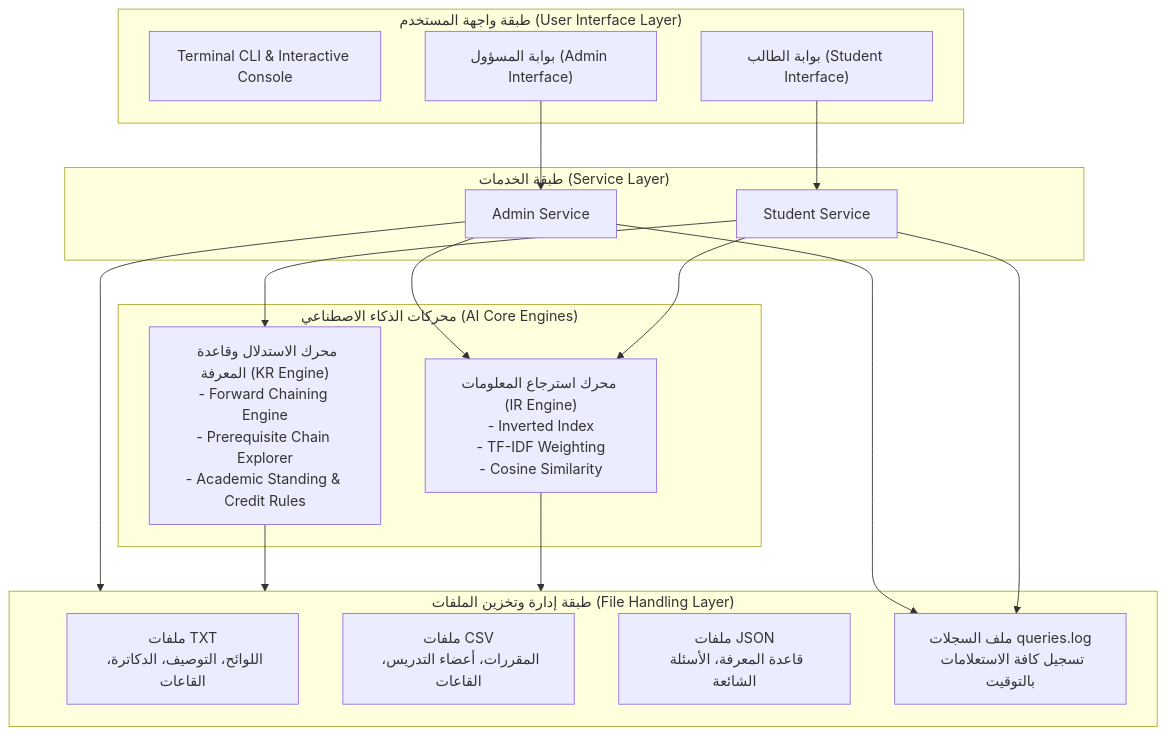
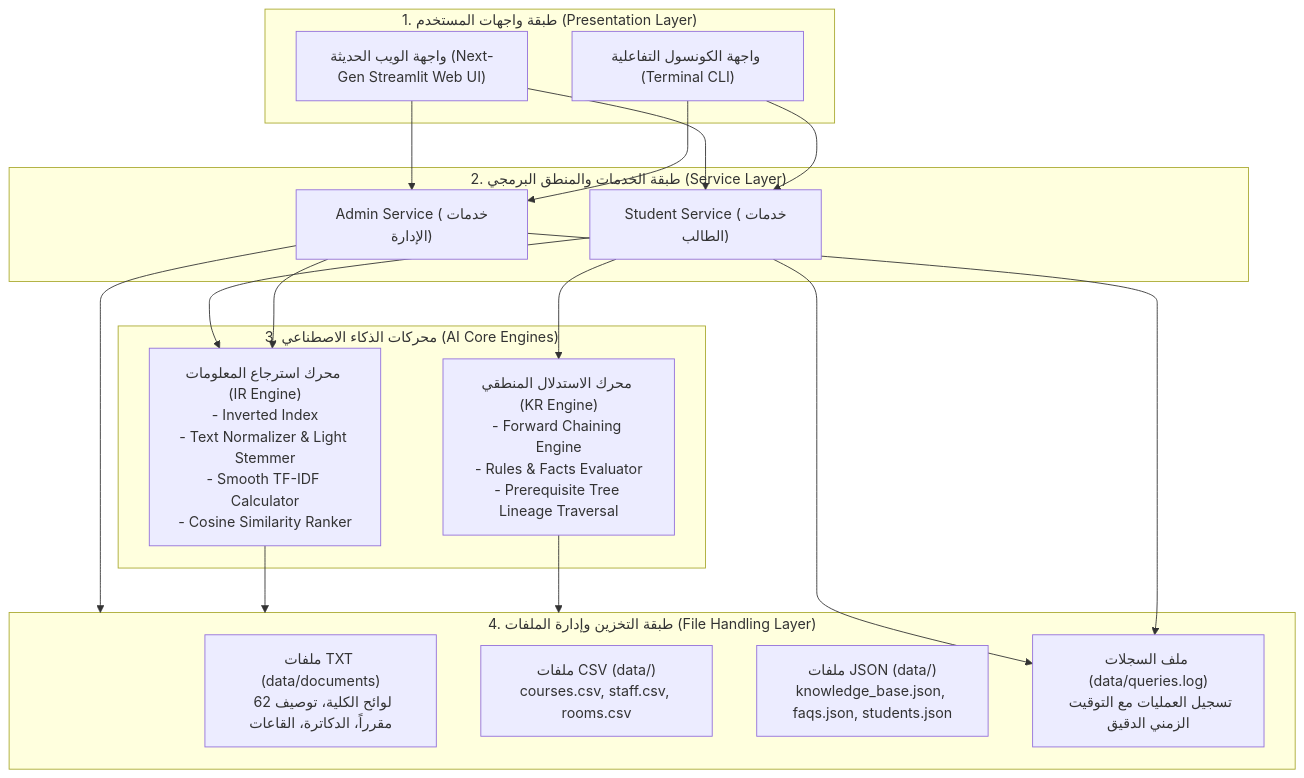
The diagram in REPORT.md (ziadasaad13/smart-student-guide), drawn with Mermaid before and after one commit. The commit also changed other lines of this file and 1 other file, not shown here.

Commit message:
Add full comprehensive academic technical report in Markdown and print-ready HTML

````diff
--- a/REPORT.md
+++ b/REPORT.md
@@ -22,36 +97,39 @@
 ```mermaid
 flowchart TD
-    subgraph UI["طبقة واجهة المستخدم (User Interface Layer)"]
-        CLI["Terminal CLI & Interactive Console"]
-        AdminUI["بوابة المسؤول (Admin Interface)"]
-        StudentUI["بوابة الطالب (Student Interface)"]
+    subgraph UI["1. طبقة واجهات المستخدم (Presentation Layer)"]
+        StreamlitUI["واجهة الويب الحديثة (Next-Gen Streamlit Web UI)"]
+        CLI["واجهة الكونسول التفاعلية (Terminal CLI)"]
     end
 
-    subgraph Service["طبقة الخدمات (Service Layer)"]
-        AS["Admin Service"]
-        SS["Student Service"]
+    subgraph Service["2. طبقة الخدمات والمنطق البرمجي (Service Layer)"]
+        StudentSvc["Student Service (خدمات الطالب)"]
+        AdminSvc["Admin Service (خدمات الإدارة)"]
     end
 
-    subgraph Core["محركات الذكاء الاصطناعي (AI Core Engines)"]
-        IR["محرك استرجاع المعلومات (IR Engine)\n- Inverted Index\n- TF-IDF Weighting\n- Cosine Similarity"]
-        KB["محرك الاستدلال وقاعدة المعرفة (KR Engine)\n- Forward Chaining Engine\n- Prerequisite Chain Explorer\n- Academic Standing & Credit Rules"]
+    subgraph Engines["3. محركات الذكاء الاصطناعي (AI Core Engines)"]
+        IR["محرك استرجاع المعلومات (IR Engine)\n- Inverted Index\n- Text Normalizer & Light Stemmer\n- Smooth TF-IDF Calculator\n- Cosine Similarity Ranker"]
+        KB["محرك الاستدلال المنطقي (KR Engine)\n- Forward Chaining Engine\n- Rules & Facts Evaluator\n- Prerequisite Tree Lineage Traversal"]
     end
 
-    subgraph Storage["طبقة إدارة وتخزين الملفات (File Handling Layer)"]
-        TXT["ملفات TXT\nاللوائح، التوصيف، الدكاترة، القاعات"]
-        CSV["ملفات CSV\nالمقررات، أعضاء التدريس، القاعات"]
-        JSON["ملفات JSON\nقاعدة المعرفة، الأسئلة الشائعة"]
-        LOG["ملف السجلات queries.log\nتسجيل كافة الاستعلامات بالتوقيت"]
+    subgraph Storage["4. طبقة التخزين وإدارة الملفات (File Handling Layer)"]
+        TXT["ملفات TXT (data/documents)\nلوائح الكلية، توصيف 62 مقرراً، الدكاترة، القاعات"]
+        CSV["ملفات CSV (data/)\ncourses.csv, staff.csv, rooms.csv"]
+        JSON["ملفات JSON (data/)\nknowledge_base.json, faqs.json, students.json"]
+        LOG["ملف السجلات (data/queries.log)\nتسجيل العمليات مع التوقيت الزمني الدقيق"]
     end
 
-    AdminUI --> AS
-    StudentUI --> SS
-    AS --> IR
-    AS --> Storage
-    SS --> IR
-    SS --> KB
+    StreamlitUI --> StudentSvc
+    StreamlitUI --> AdminSvc
+    CLI --> StudentSvc
+    CLI --> AdminSvc
+
+    StudentSvc --> IR
+    StudentSvc --> KB
+    AdminSvc --> IR
+    AdminSvc --> Storage
+
+    IR --> Storage
     KB --> Storage
-    IR --> Storage
-    AS --> LOG
-    SS --> LOG
+    StudentSvc --> LOG
+    AdminSvc --> LOG
 ```
````
